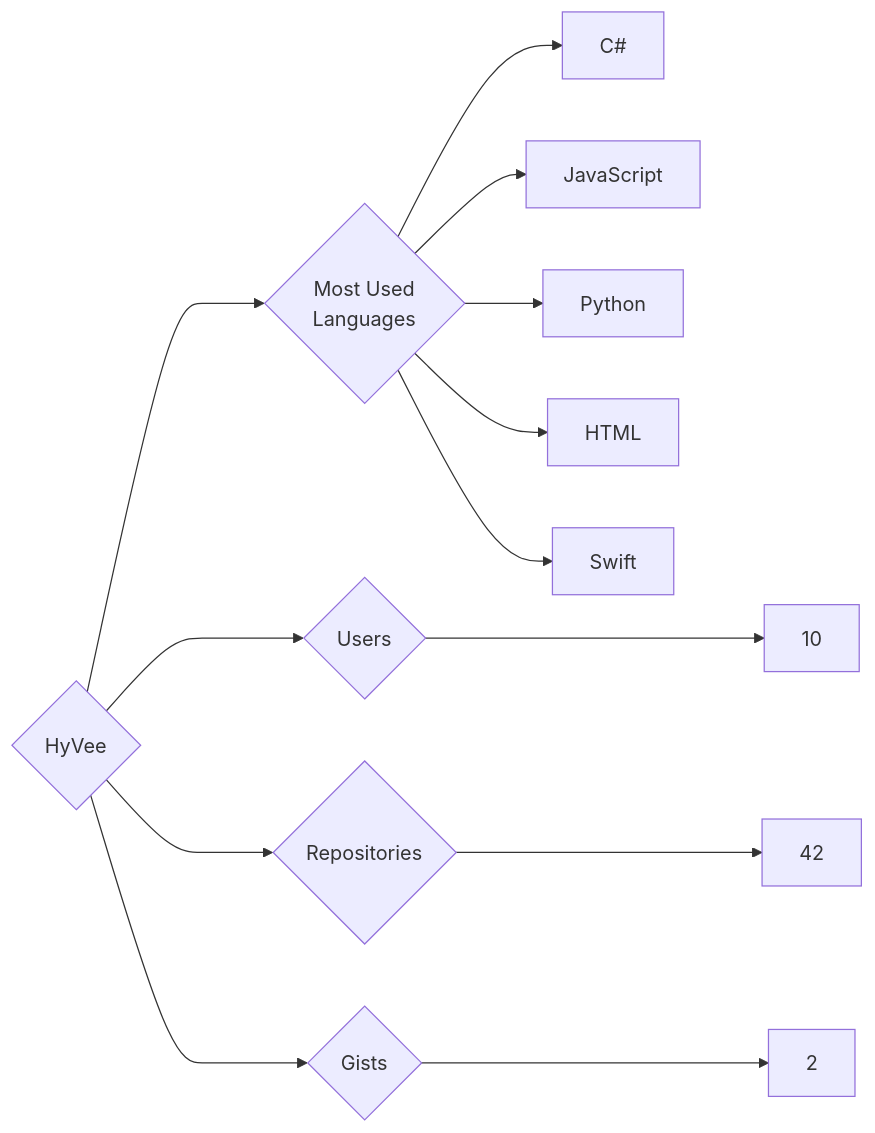
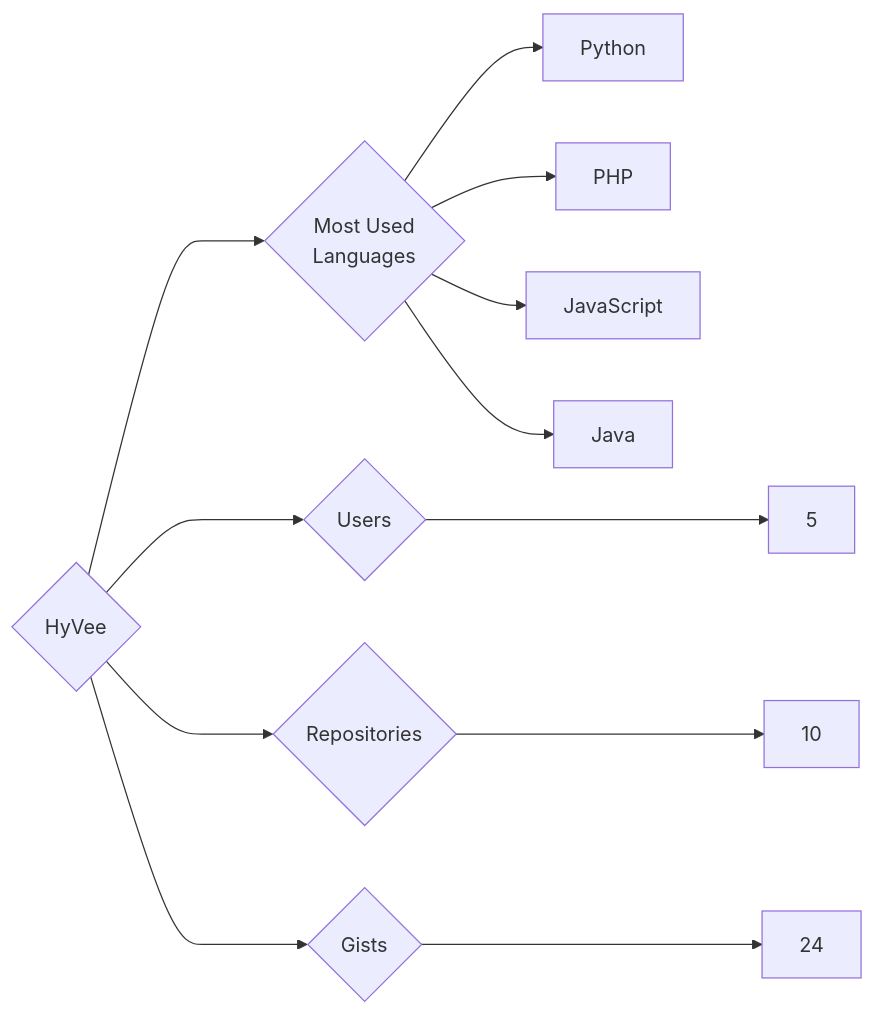
One commit to trickest/insiders changed the diagram in targets/HyVee/README.md. Above: the diagram before and after it, drawn with Mermaid. The commit also changed 1141 other files, not shown here.

````diff
--- a/targets/HyVee/README.md
+++ b/targets/HyVee/README.md
@@ -3,13 +3,12 @@
 ```mermaid
 graph LR
 COMPANY_NAME{HyVee}
-COMPANY_NAME ---> U{Users} ---> UN[10]
-COMPANY_NAME ---> R{Repositories} ---> RN[42]
-COMPANY_NAME ---> G{Gists} ---> GN[2]
+COMPANY_NAME ---> U{Users} ---> UN[5]
+COMPANY_NAME ---> R{Repositories} ---> RN[10]
+COMPANY_NAME ---> G{Gists} ---> GN[24]
 COMPANY_NAME ---> ML{Most Used<br>Languages}
-ML --> C#[C#]
+ML --> Python[Python]
+ML --> PHP[PHP]
 ML --> JavaScript[JavaScript]
-ML --> Python[Python]
-ML --> HTML[HTML]
-ML --> Swift[Swift]
+ML --> Java[Java]
 ```
````
